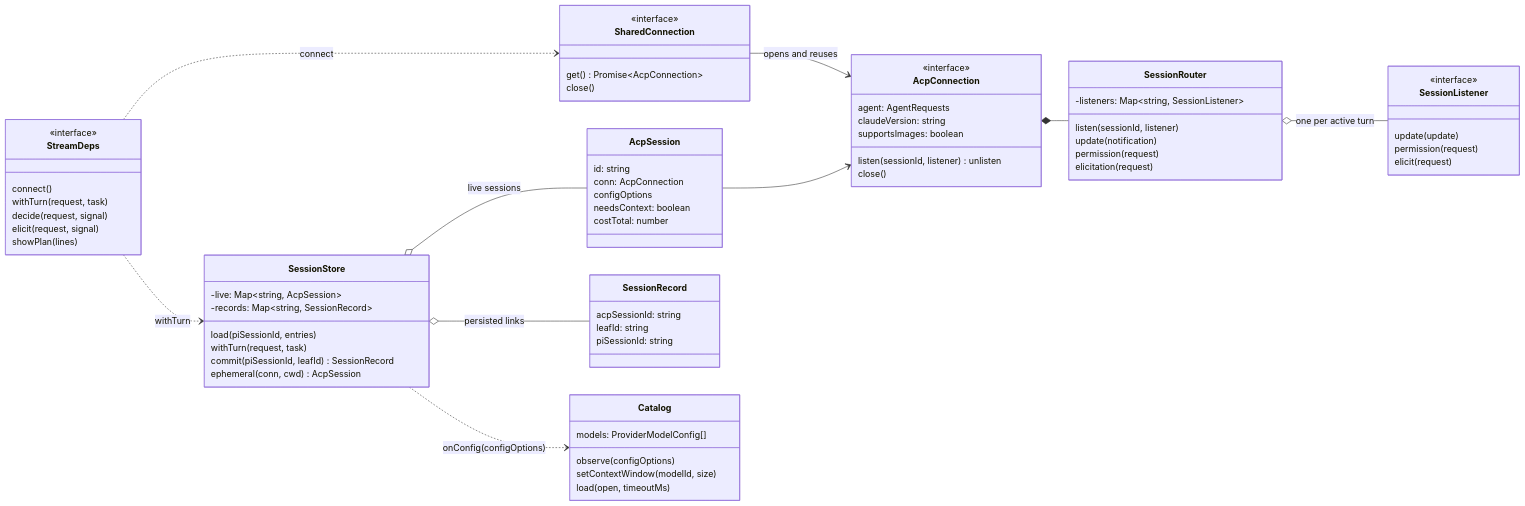
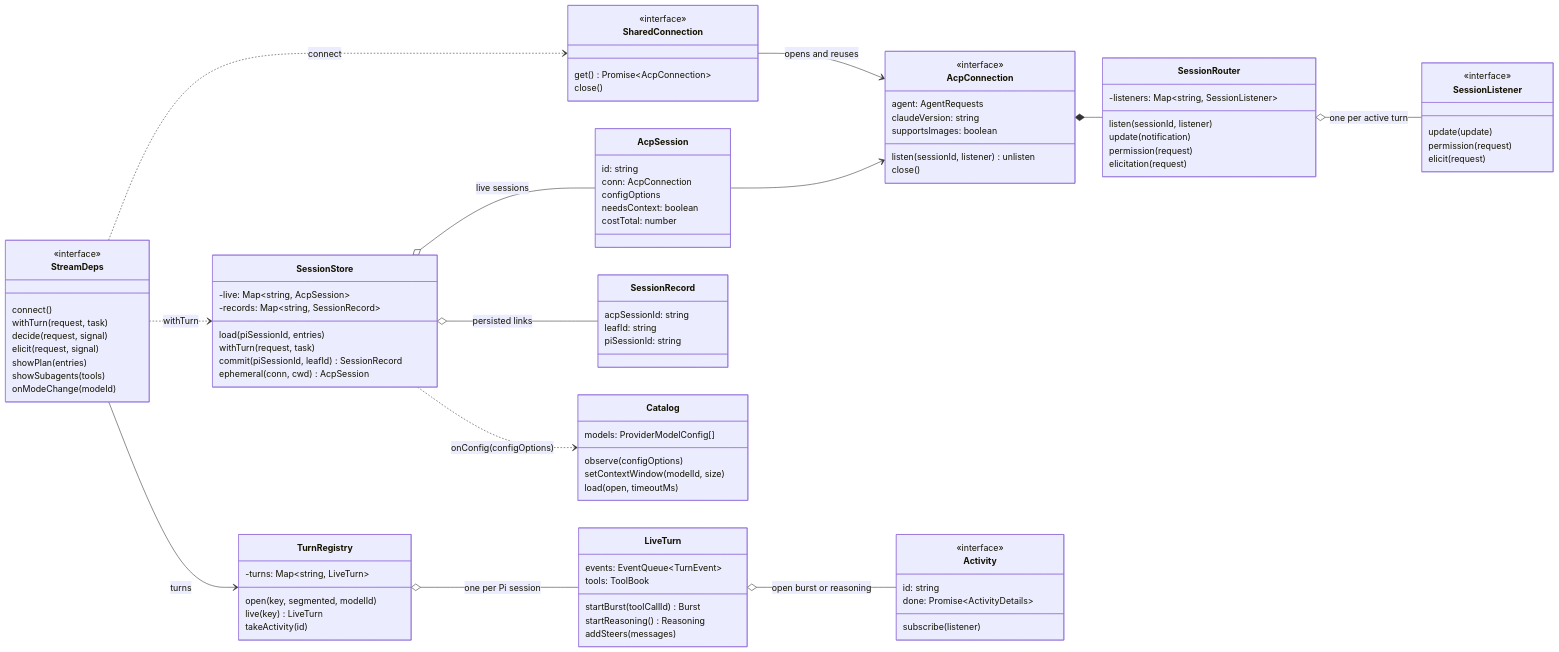
Before and after one commit to josemartinrodriguezmortaloni/pi-claude-acp: the fifth of 5 diagrams in README.md, drawn with Mermaid. The commit also changed other lines of this file and 7 other files, not shown here.

````diff
--- a/README.md
+++ b/README.md
@@ -378,7 +459,28 @@
         withTurn(request, task)
         decide(request, signal)
         elicit(request, signal)
-        showPlan(lines)
+        showPlan(entries)
+        showSubagents(tools)
+        onModeChange(modeId)
+    }
+    class TurnRegistry {
+        -turns: Map~string, LiveTurn~
+        open(key, segmented, modelId)
+        live(key) LiveTurn
+        takeActivity(id)
+    }
+    class LiveTurn {
+        events: EventQueue~TurnEvent~
+        tools: ToolBook
+        startBurst(toolCallId) Burst
+        startReasoning() Reasoning
+        addSteers(messages)
+    }
+    class Activity {
+        <<interface>>
+        id: string
+        done: Promise~ActivityDetails~
+        subscribe(listener)
     }
 
     SharedConnection --> AcpConnection : opens and reuses
@@ -390,4 +492,7 @@
     SessionStore ..> Catalog : onConfig(configOptions)
     StreamDeps ..> SessionStore : withTurn
     StreamDeps ..> SharedConnection : connect
+    StreamDeps --> TurnRegistry : turns
+    TurnRegistry o-- LiveTurn : one per Pi session
+    LiveTurn o-- Activity : open burst or reasoning
 ```
````
